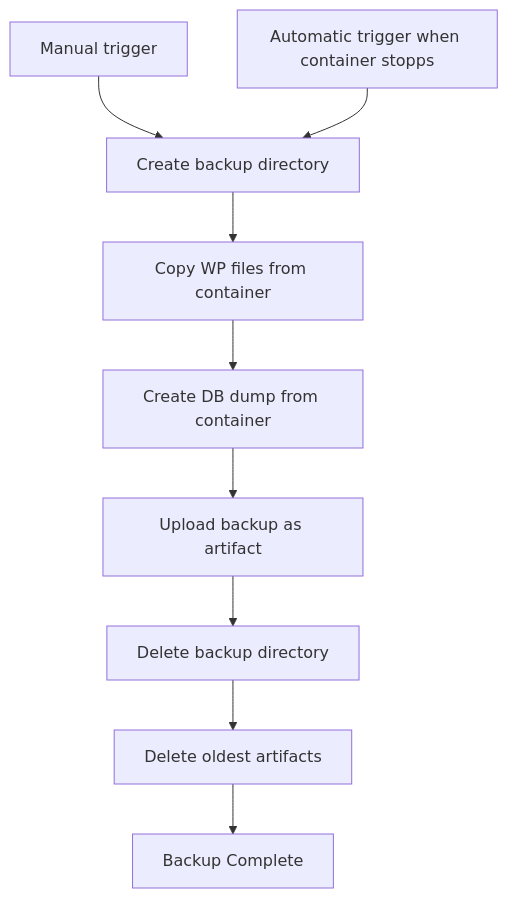
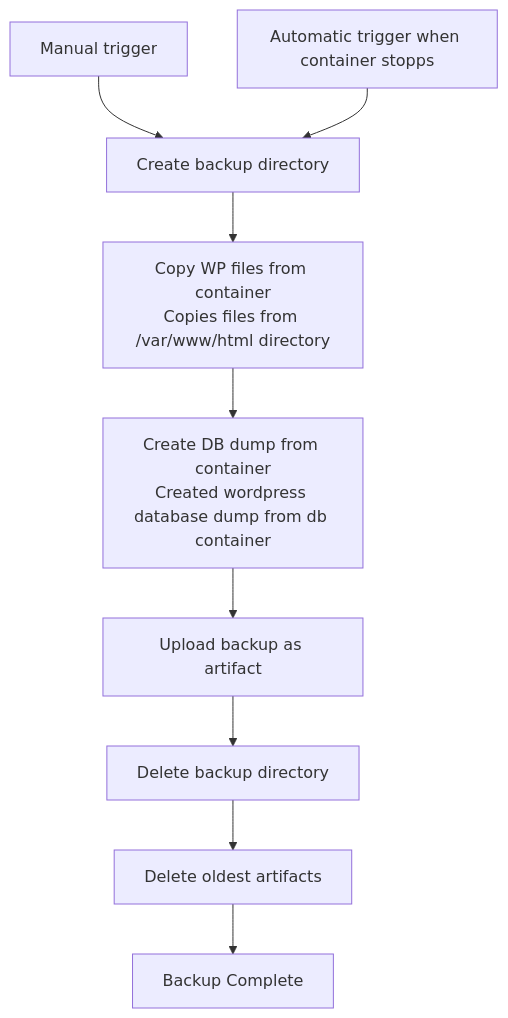
One commit to pazderskipawel/cicd_wp_demo changed the first of 2 diagrams in docs/workflows/backup-workflows.md. Above: the diagram before and after it, drawn with Mermaid. The commit also changed other lines of this file and 2 other files, not shown here.

Commit message:
changed all workflows to mermaid

```diff
--- a/docs/workflows/backup-workflows.md
+++ b/docs/workflows/backup-workflows.md
@@ -9,11 +9,11 @@
 <div class="mermaid">
 flowchart TD
     A[Manual trigger] --> C[Create backup directory]
     B[Automatic trigger when container stopps] --> C
-    C --> D[Copy WP files from container]
-    D --> E[Create DB dump from container]
+    C --> D[Copy WP files from container</br>Copies files from /var/www/html directory]
+    D --> E[Create DB dump from container</br>Created wordpress database dump from db container]
     E --> F[Upload backup as artifact]
     F --> G[Delete backup directory]
     G --> H[Delete oldest artifacts]
     H --> I[Backup Complete]
 </div>
```
